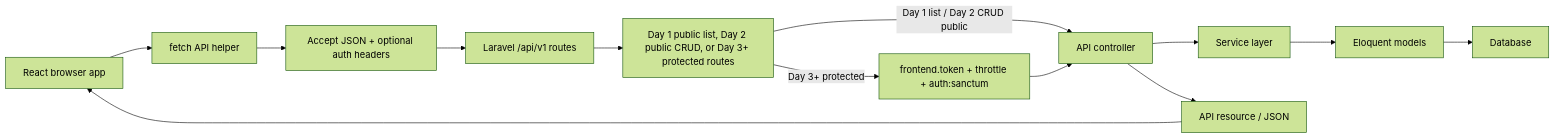
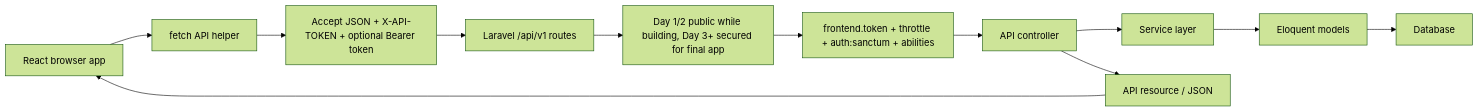
Before and after one commit to habibtalib/laravel-api-tutorial: the diagram in training/react-client-api-setup.md, drawn with Mermaid (forest theme). The commit also changed other lines of this file and 380 other files, not shown here.

Commit message:
Add Laravel API training materials

````diff
--- a/training/react-client-api-setup.md
+++ b/training/react-client-api-setup.md
@@ -31,15 +30,14 @@
 ```mermaid
 flowchart LR
     Browser["React browser app"] --> Fetch["fetch API helper"]
-    Fetch --> Headers["Accept JSON + optional auth headers"]
+    Fetch --> Headers["Accept JSON + X-API-TOKEN + optional Bearer token"]
     Headers --> Laravel["Laravel /api/v1 routes"]
-    Laravel --> PublicOrProtected["Day 1 public list, Day 2 public CRUD, or Day 3+ protected routes"]
-    PublicOrProtected -->|"Day 1 list / Day 2 CRUD public"| Controller["API controller"]
-    PublicOrProtected -->|"Day 3+ protected"| Middleware["frontend.token + throttle + auth:sanctum"]
+    Laravel --> RouteState["Day 1/2 public while building, Day 3+ secured for final app"]
+    RouteState --> Middleware["frontend.token + throttle + auth:sanctum + abilities"]
     Middleware --> Controller["API controller"]
     Controller --> Service["Service layer"]
     Service --> Model["Eloquent models"]
     Model --> DB["Database"]
     Controller --> Resource["API resource / JSON"]
     Resource --> Browser
 ```
````
